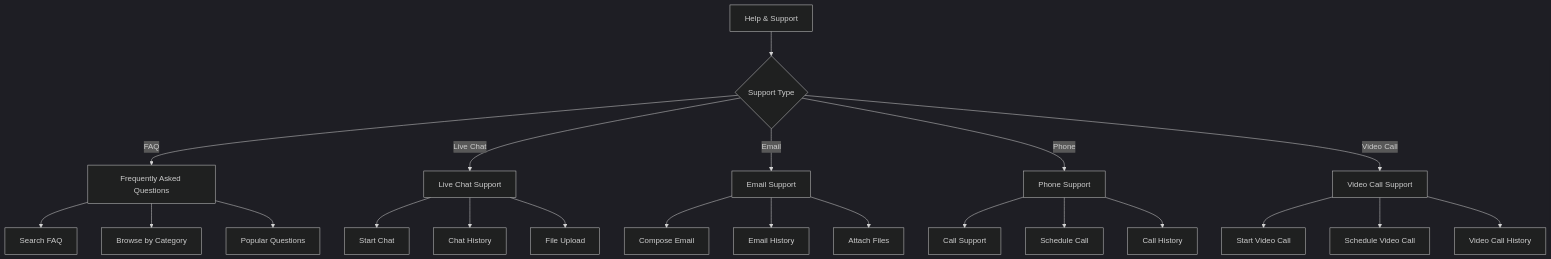
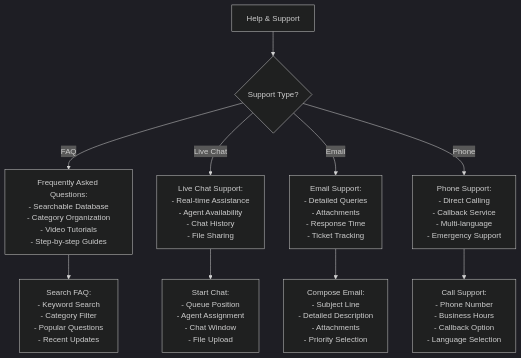
Before and after one commit to engaotb/YARDR: diagram 17 of 20 in 04_User_Experience_Flows.md, drawn with Mermaid (dark theme). The commit also changed other lines of this file, not shown here.

First line of the commit message:
Complete redesign of User Experience Flows

````diff
--- a/04_User_Experience_Flows.md
+++ b/04_User_Experience_Flows.md
@@ -737,30 +462,20 @@
 ```mermaid
 flowchart TD
-    Help[Help & Support] --> SupportOptions{Support Type}
+    HelpSupport[Help & Support] --> SupportType{Support Type?}
     
-    SupportOptions -->|FAQ| FAQ[Frequently Asked Questions]
-    SupportOptions -->|Live Chat| LiveChat[Live Chat Support]
-    SupportOptions -->|Email| EmailSupport[Email Support]
-    SupportOptions -->|Phone| PhoneSupport[Phone Support]
-    SupportOptions -->|Video Call| VideoCall[Video Call Support]
+    SupportType -->|FAQ| FAQ[Frequently Asked Questions:<br/>- Searchable Database<br/>- Category Organization<br/>- Video Tutorials<br/>- Step-by-step Guides]
     
-    FAQ --> SearchFAQ[Search FAQ]
-    FAQ --> CategoryFAQ[Browse by Category]
-    FAQ --> PopularFAQ[Popular Questions]
+    SupportType -->|Live Chat| LiveChat[Live Chat Support:<br/>- Real-time Assistance<br/>- Agent Availability<br/>- Chat History<br/>- File Sharing]
     
-    LiveChat --> StartChat[Start Chat]
-    LiveChat --> ChatHistory[Chat History]
-    LiveChat --> FileUpload[File Upload]
+    SupportType -->|Email| EmailSupport[Email Support:<br/>- Detailed Queries<br/>- Attachments<br/>- Response Time<br/>- Ticket Tracking]
     
-    EmailSupport --> ComposeEmail[Compose Email]
-    EmailSupport --> EmailHistory[Email History]
-    EmailSupport --> AttachFiles[Attach Files]
+    SupportType -->|Phone| PhoneSupport[Phone Support:<br/>- Direct Calling<br/>- Callback Service<br/>- Multi-language<br/>- Emergency Support]
     
-    PhoneSupport --> CallSupport[Call Support]
-    PhoneSupport --> ScheduleCall[Schedule Call]
-    PhoneSupport --> CallHistory[Call History]
+    FAQ --> SearchFAQ[Search FAQ:<br/>- Keyword Search<br/>- Category Filter<br/>- Popular Questions<br/>- Recent Updates]
     
-    VideoCall --> StartVideoCall[Start Video Call]
-    VideoCall --> ScheduleVideoCall[Schedule Video Call]
-    VideoCall --> VideoCallHistory[Video Call History]
+    LiveChat --> StartChat[Start Chat:<br/>- Queue Position<br/>- Agent Assignment<br/>- Chat Window<br/>- File Upload]
+    
+    EmailSupport --> ComposeEmail[Compose Email:<br/>- Subject Line<br/>- Detailed Description<br/>- Attachments<br/>- Priority Selection]
+    
+    PhoneSupport --> CallSupport[Call Support:<br/>- Phone Number<br/>- Business Hours<br/>- Callback Option<br/>- Language Selection]
 ```
````
